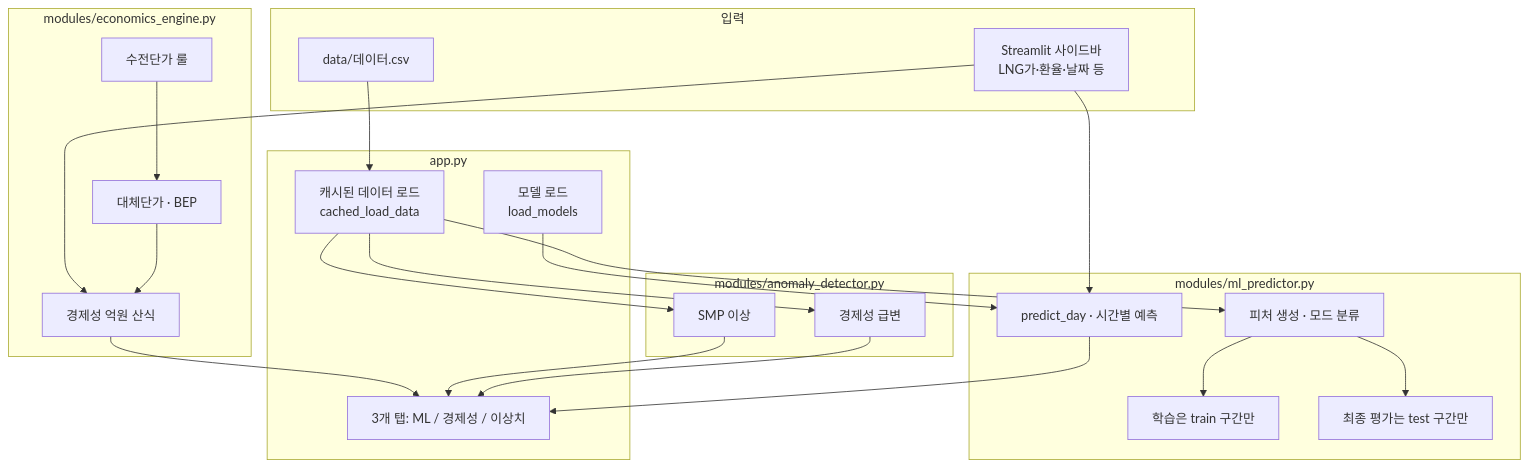
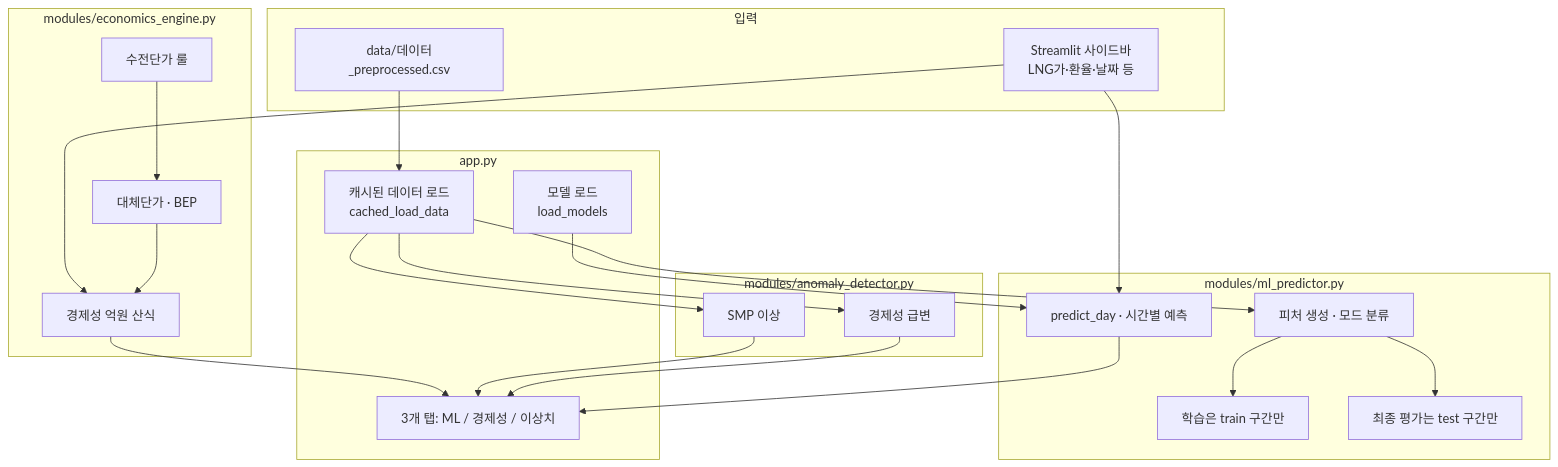
One commit to hyojing8192-spec/LNG_pjt_01 changed the diagram in README.md. Above: the diagram before and after it, drawn with Mermaid. The commit also changed other lines of this file and 7 other files, not shown here.

````diff
--- a/README.md
+++ b/README.md
@@ -103,46 +104,46 @@
 ```mermaid
 flowchart TB
     subgraph 입력
-        CSV["data/데이터.csv"]
+        CSV["data/데이터_preprocessed.csv"]
         UI["Streamlit 사이드바<br/>LNG가·환율·날짜 등"]
     end
 
     subgraph 앱_핵심["app.py"]
         CACHE["캐시된 데이터 로드<br/>cached_load_data"]
         MODELS["모델 로드<br/>load_models"]
         TABS["3개 탭: ML / 경제성 / 이상치"]
     end
 
     subgraph ML모듈["modules/ml_predictor.py"]
         FEAT["피처 생성 · 모드 분류"]
         TRAIN["학습은 train 구간만"]
         TEST["최종 평가는 test 구간만"]
         PRED["predict_day · 시간별 예측"]
     end
 
     subgraph 경제모듈["modules/economics_engine.py"]
         ELEC["수전단가 룰"]
         RC["대체단가 · BEP"]
         ECON["경제성 억원 산식"]
     end
 
     subgraph 이상모듈["modules/anomaly_detector.py"]
         SMP_A["SMP 이상"]
         ECON_A["경제성 급변"]
     end
 
     CSV --> CACHE
     CACHE --> FEAT
     FEAT --> TRAIN
     FEAT --> TEST
     MODELS --> PRED
     UI --> PRED
     UI --> ECON
 
     PRED --> TABS
     ELEC --> RC --> ECON --> TABS
     CACHE --> SMP_A
     CACHE --> ECON_A
     SMP_A --> TABS
     ECON_A --> TABS
 ```
````
